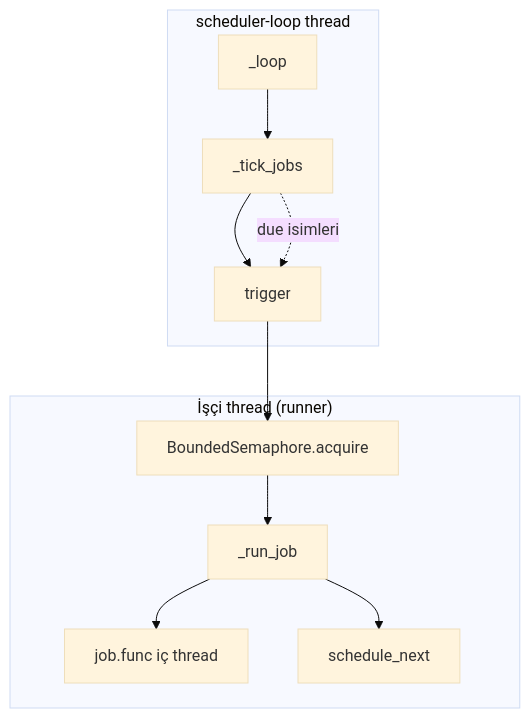
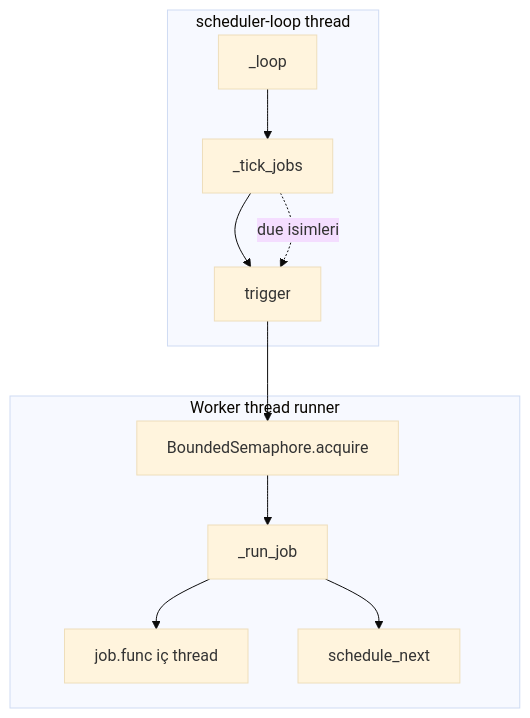
The first of 2 diagrams in README.md (Arslanex/custom-python-scheduler), drawn with Mermaid (base theme) before and after one commit. The commit also changed other lines of this file, not shown here.

````diff
--- a/README.md
+++ b/README.md
@@ -72,18 +72,18 @@
 ```mermaid
 flowchart TB
   subgraph scheduler_thread["scheduler-loop thread"]
     L[_loop]
     T[_tick_jobs]
     L --> T
     T --> TR[trigger]
   end
 
-  subgraph worker["İşçi thread (runner)"]
+  subgraph worker["Worker thread runner"]
     TR --> SEM[BoundedSemaphore.acquire]
     SEM --> RJ[_run_job]
     RJ --> FN[job.func iç thread]
     RJ --> SN[schedule_next]
   end
 
   T -.->|"due isimleri"| TR
 ```
````
